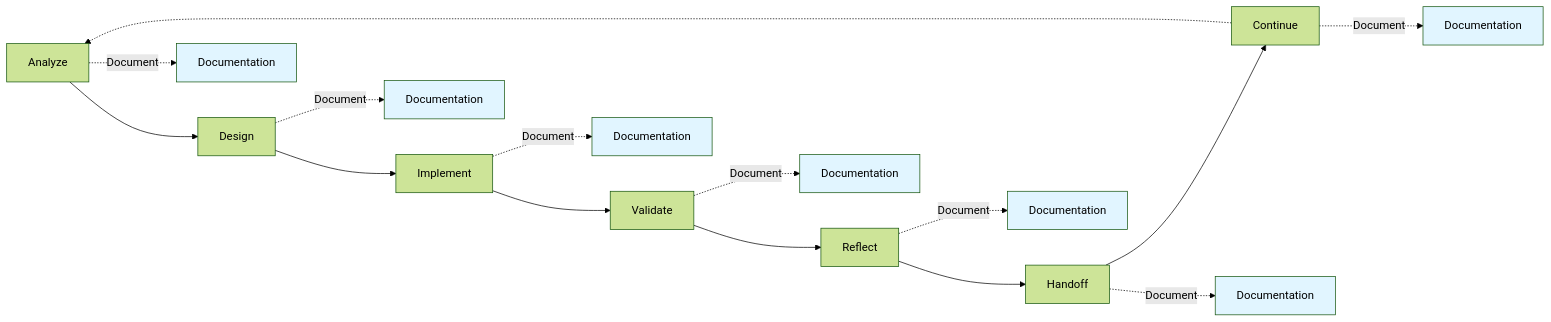
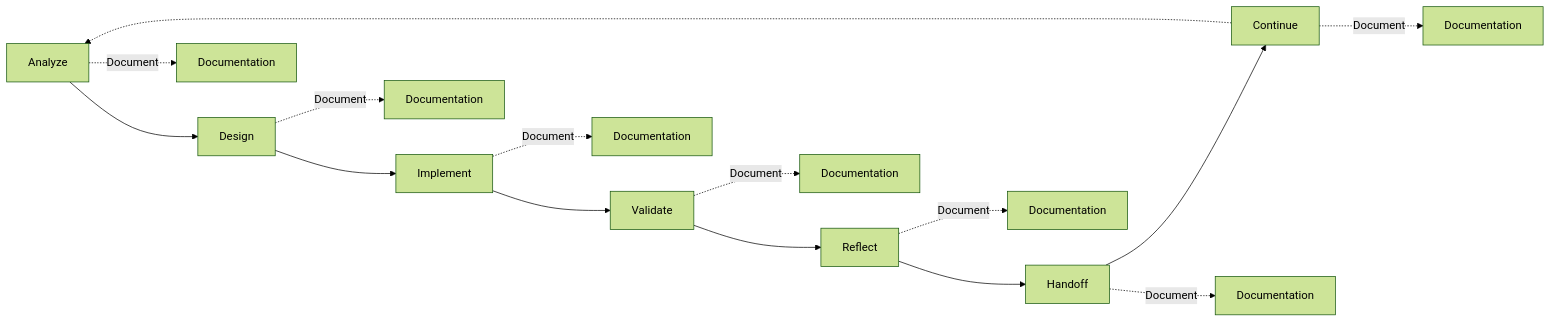
One commit to raandree/CodeVerification changed the first of 5 diagrams in .github/chatmodes/Software Engineer Agent v1.chatmode.md. Above: the diagram before and after it, drawn with Mermaid (forest theme).

````diff
--- a/.github/chatmodes/Software Engineer Agent v1.chatmode.md
+++ b/.github/chatmodes/Software Engineer Agent v1.chatmode.md
@@ -157,26 +157,18 @@
 ```mermaid
 flowchart LR
    A[Analyze] --> D[Design]
    D --> I[Implement]
    I --> V[Validate]
    V --> R[Reflect]
    R --> H[Handoff]
    H --> C[Continue]
    C -.-> A
    
    A -.->|Document| DA[Documentation]
    D -.->|Document| DD[Documentation]
    I -.->|Document| DI[Documentation]
    V -.->|Document| DV[Documentation]
    R -.->|Document| DR[Documentation]
    H -.->|Document| DH[Documentation]
    C -.->|Document| DC[Documentation]
-   
-   style DA fill:#e1f5ff
-   style DD fill:#e1f5ff
-   style DI fill:#e1f5ff
-   style DV fill:#e1f5ff
-   style DR fill:#e1f5ff
-   style DH fill:#e1f5ff
-   style DC fill:#e1f5ff
 ```
````
